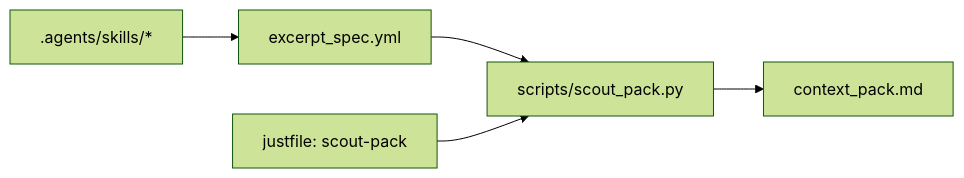
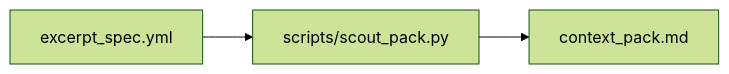
One commit to AmirTlinov/Codex changed the diagram in codex-rs/examples/scout_packs/role_split/ScoutReport.md. Above: the diagram before and after it, drawn with Mermaid (forest theme). The commit also changed other lines of this file, not shown here.

Commit message:
examples: refresh scout report example for minimal-noise contract

````diff
--- a/codex-rs/examples/scout_packs/role_split/ScoutReport.md
+++ b/codex-rs/examples/scout_packs/role_split/ScoutReport.md
@@ -29,7 +34,5 @@
 ```mermaid
 flowchart LR
   Spec[excerpt_spec.yml] --> Gen[scripts/scout_pack.py]
   Gen --> Pack[context_pack.md]
-  Skills[.agents/skills/*] --> Spec
-  Just[justfile: scout-pack] --> Gen
 ```
````
